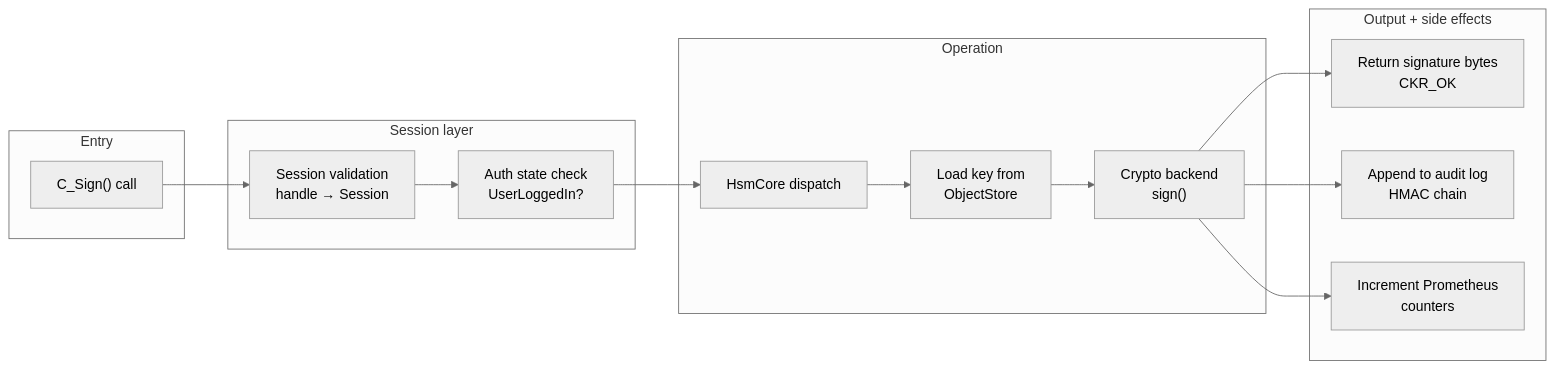
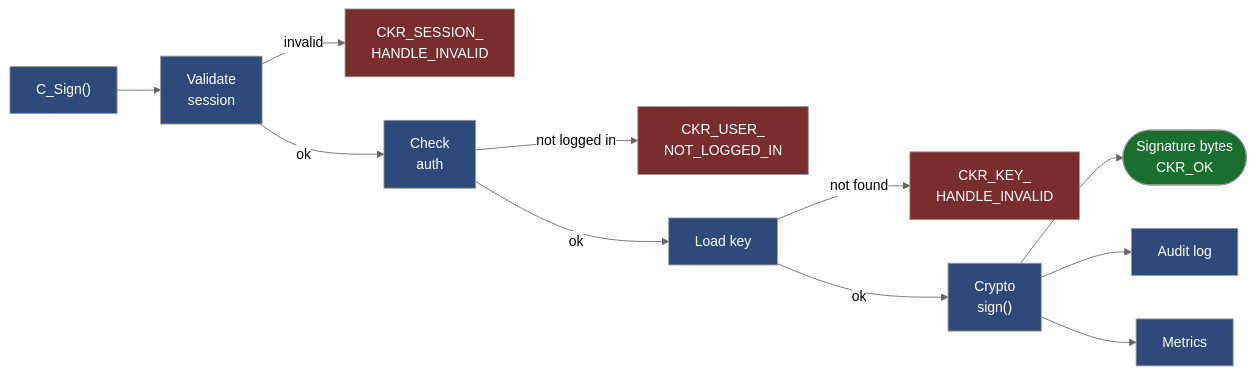
One commit to sonoransun/multicraton-hsm-testnet changed diagram 16 of 16 in README.md. Above: the diagram before and after it, drawn with Mermaid (neutral theme). The commit also changed other lines of this file and 28 other files, not shown here.

````diff
--- a/README.md
+++ b/README.md
@@ -597,24 +663,20 @@
 ```mermaid
 flowchart LR
-    subgraph IN["Entry"]
-        CA["C_Sign() call"]
-    end
-    subgraph SESS["Session layer"]
-        SV["Session validation<br/>handle → Session"]
-        AUTH["Auth state check<br/>UserLoggedIn?"]
-    end
-    subgraph OPS["Operation"]
-        DISP["HsmCore dispatch"]
-        KEY["Load key from<br/>ObjectStore"]
-        SIGN["Crypto backend<br/>sign()"]
-    end
-    subgraph OUT["Output + side effects"]
-        RET["Return signature bytes<br/>CKR_OK"]
-        AUDIT["Append to audit log<br/>HMAC chain"]
-        METRICS["Increment Prometheus<br/>counters"]
-    end
+    CA["C_Sign()"] --> SV["Validate<br/>session"]
+    SV -->|invalid| E1["CKR_SESSION_<br/>HANDLE_INVALID"]
+    SV -->|ok| AUTH["Check<br/>auth"]
+    AUTH -->|not logged in| E2["CKR_USER_<br/>NOT_LOGGED_IN"]
+    AUTH -->|ok| KEY["Load key"]
+    KEY -->|not found| E3["CKR_KEY_<br/>HANDLE_INVALID"]
+    KEY -->|ok| SIGN["Crypto<br/>sign()"]
+    SIGN --> RET(["Signature bytes<br/>CKR_OK"])
+    SIGN --> AUDIT["Audit log"]
+    SIGN --> MET["Metrics"]
 
-    CA --> SV --> AUTH --> DISP --> KEY --> SIGN --> RET
-    SIGN --> AUDIT
-    SIGN --> METRICS
+    classDef err fill:#7a2d2d,color:#fff
+    classDef ok fill:#1a6e2e,color:#fff
+    classDef step fill:#2d4a7a,color:#fff
+    class E1,E2,E3 err
+    class RET ok
+    class CA,SV,AUTH,KEY,SIGN,AUDIT,MET step
 ```
````
